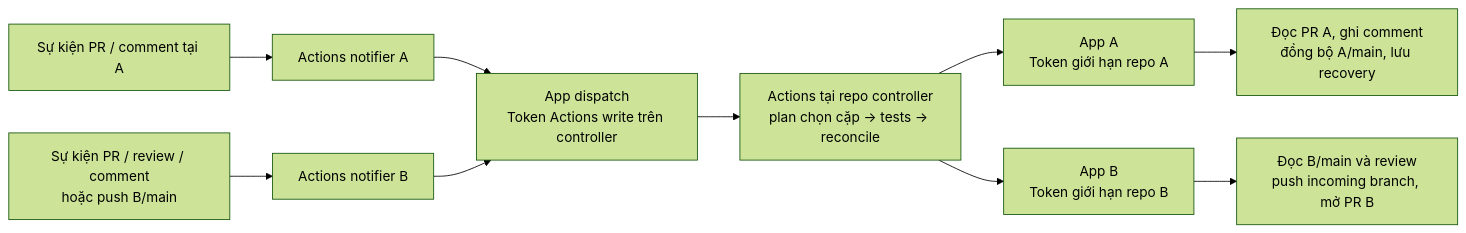
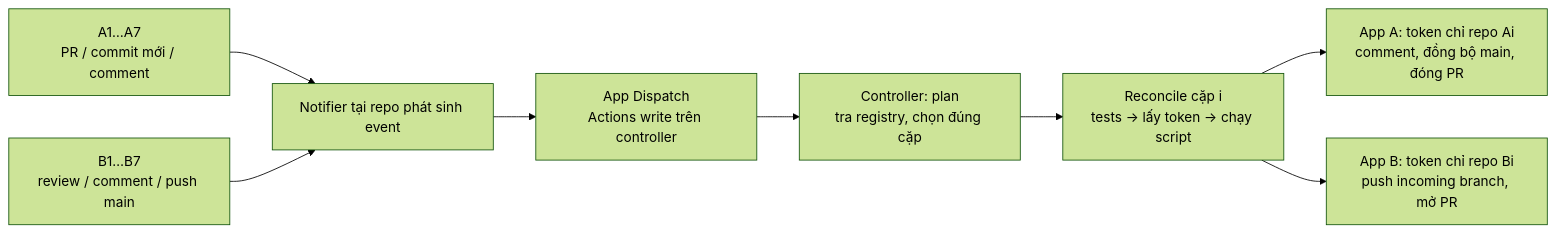
One commit to pho-veteran/github-org-contribution-lab changed the diagram in github-app-setup.md. Above: the diagram before and after it, drawn with Mermaid (forest theme). The commit also changed other lines of this file and 1 other file, not shown here.

````diff
--- a/github-app-setup.md
+++ b/github-app-setup.md
@@ -45,12 +19,10 @@
 ```mermaid
 flowchart LR
-    EA["Sự kiện PR / comment tại A"] --> NA["Actions notifier A"]
-    EB["Sự kiện PR / review / comment<br/>hoặc push B/main"] --> NB["Actions notifier B"]
-    NA --> D["App dispatch<br/>Token Actions write trên controller"]
-    NB --> D
-    D --> C["Actions tại repo controller<br/>plan chọn cặp → tests → reconcile"]
-    C --> AA["App A<br/>Token giới hạn repo A"]
-    C --> AB["App B<br/>Token giới hạn repo B"]
-    AA --> WA["Đọc PR A, ghi comment<br/>đồng bộ A/main, lưu recovery"]
-    AB --> WB["Đọc B/main và review<br/>push incoming branch, mở PR B"]
+    A["A1…A7<br/>PR / commit mới / comment"] --> N["Notifier tại repo phát sinh event"]
+    B["B1…B7<br/>review / comment / push main"] --> N
+    N --> D["App Dispatch<br/>Actions write trên controller"]
+    D --> P["Controller: plan<br/>tra registry, chọn đúng cặp"]
+    P --> R["Reconcile cặp i<br/>tests → lấy token → chạy script"]
+    R --> AA["App A: token chỉ repo Ai<br/>comment, đồng bộ main, đóng PR"]
+    R --> BB["App B: token chỉ repo Bi<br/>push incoming branch, mở PR"]
 ```
````
